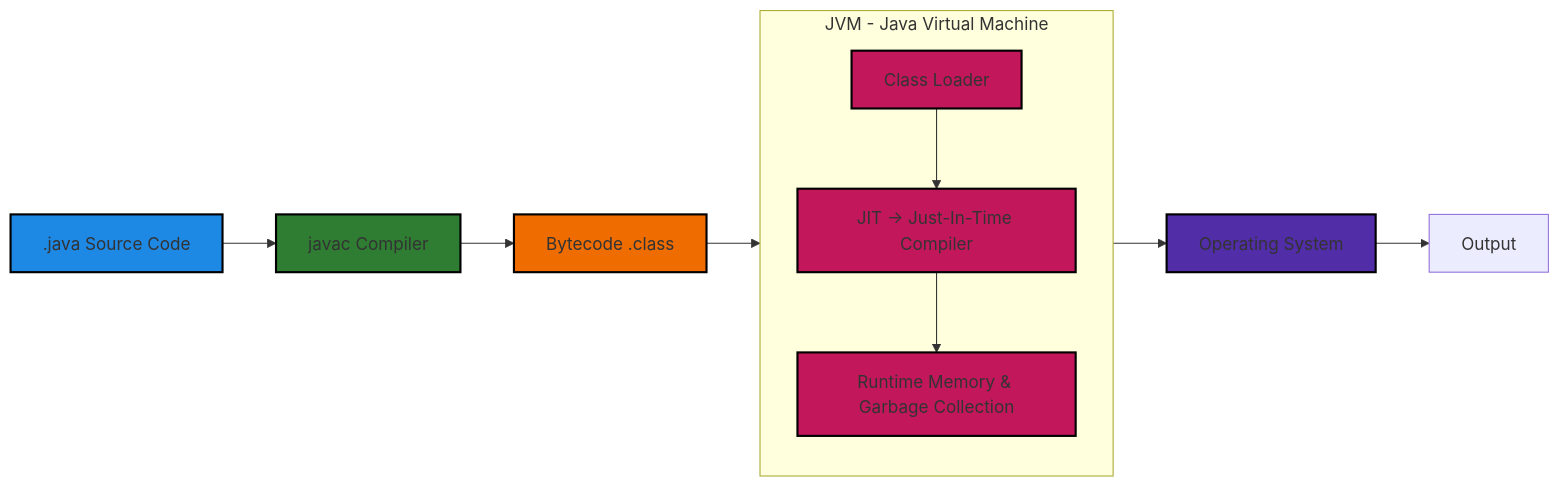
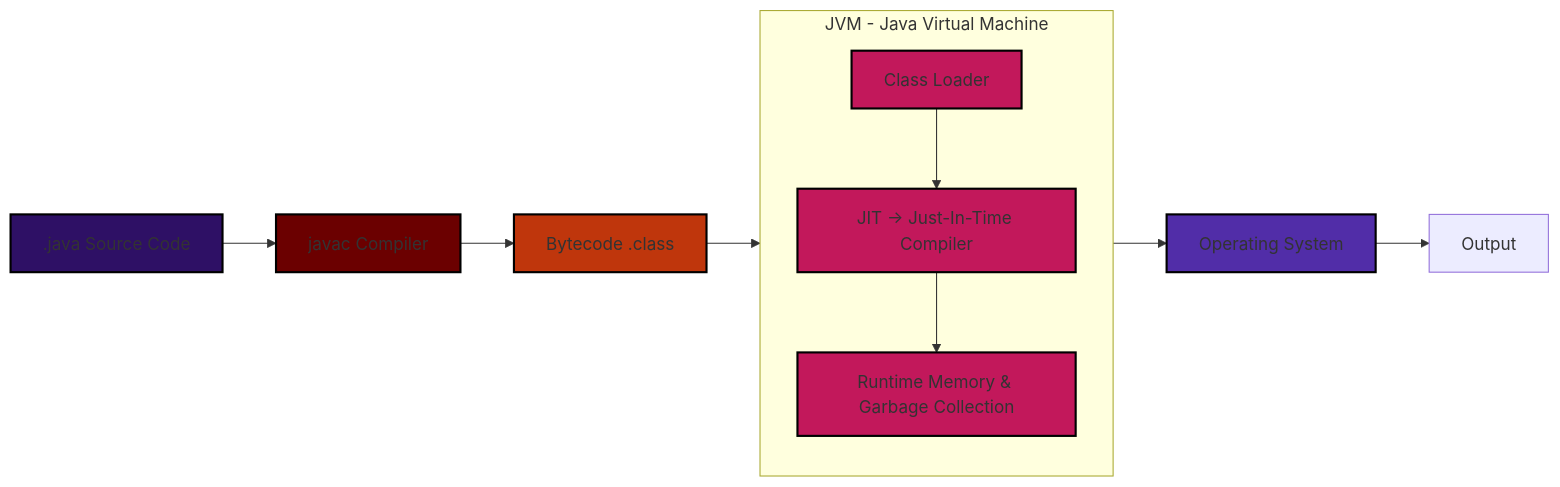
Before and after one commit to 478mkharb/devops-learning: the second of 3 diagrams in snatak/mock-interview-questions.md, drawn with Mermaid. The commit also changed other lines of this file, not shown here.

Commit message:
Modify styles for diagram elements in markdown
Updated styles for diagram elements in the mock interview questions.

````diff
--- a/snatak/mock-interview-questions.md
+++ b/snatak/mock-interview-questions.md
@@ -46,28 +50,28 @@
 ```mermaid
 flowchart LR
     A[.java Source Code] --> B[javac Compiler]
     B --> C[Bytecode .class]
     C --> JVM
     %% JVM as a vertical boxed layer
    
 
     subgraph JVM [JVM - Java Virtual Machine]
         direction TB
         J1[Class Loader]
         J2[JIT -> Just-In-Time Compiler]
         J3[Runtime Memory & Garbage Collection]
         J1 --> J2 --> J3
     end
 
     JVM --> E[Operating System]
     E --> F[Output]
 
 %% Darkest fills
-    style A fill:#1e88e5,stroke:#000,stroke-width:2px
-    style B fill:#2e7d32,stroke:#000,stroke-width:2px
-    style C fill:#ef6c00,stroke:#000,stroke-width:2px
+    style A fill:#2e1065,stroke:#000,stroke-width:2px
+    style B fill:#6b0000,stroke:#000,stroke-width:2px
+    style C fill:#bf360c,stroke:#000,stroke-width:2px
     style J1 fill:#c2185b,stroke:#000,stroke-width:2px
     style J2 fill:#c2185b,stroke:#000,stroke-width:2px
     style J3 fill:#c2185b,stroke:#000,stroke-width:2px
     style E fill:#512da8,stroke:#000,stroke-width:2px
 ```
````
